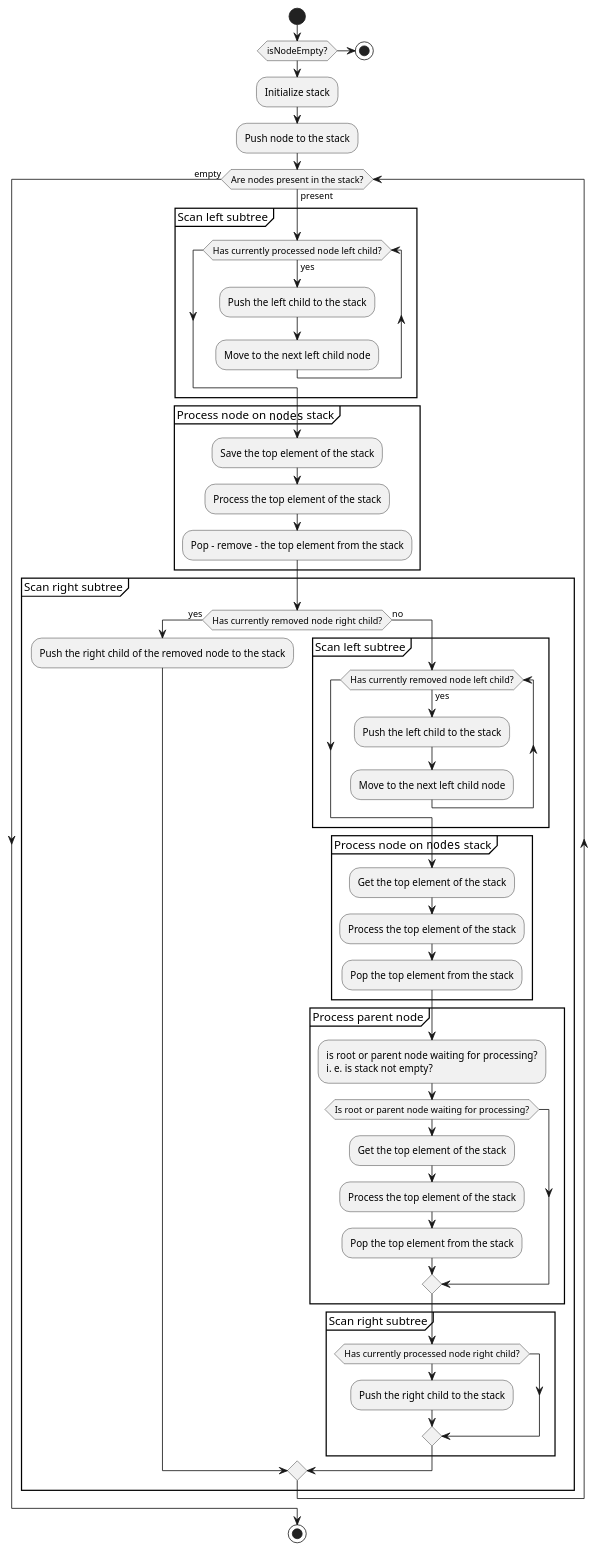
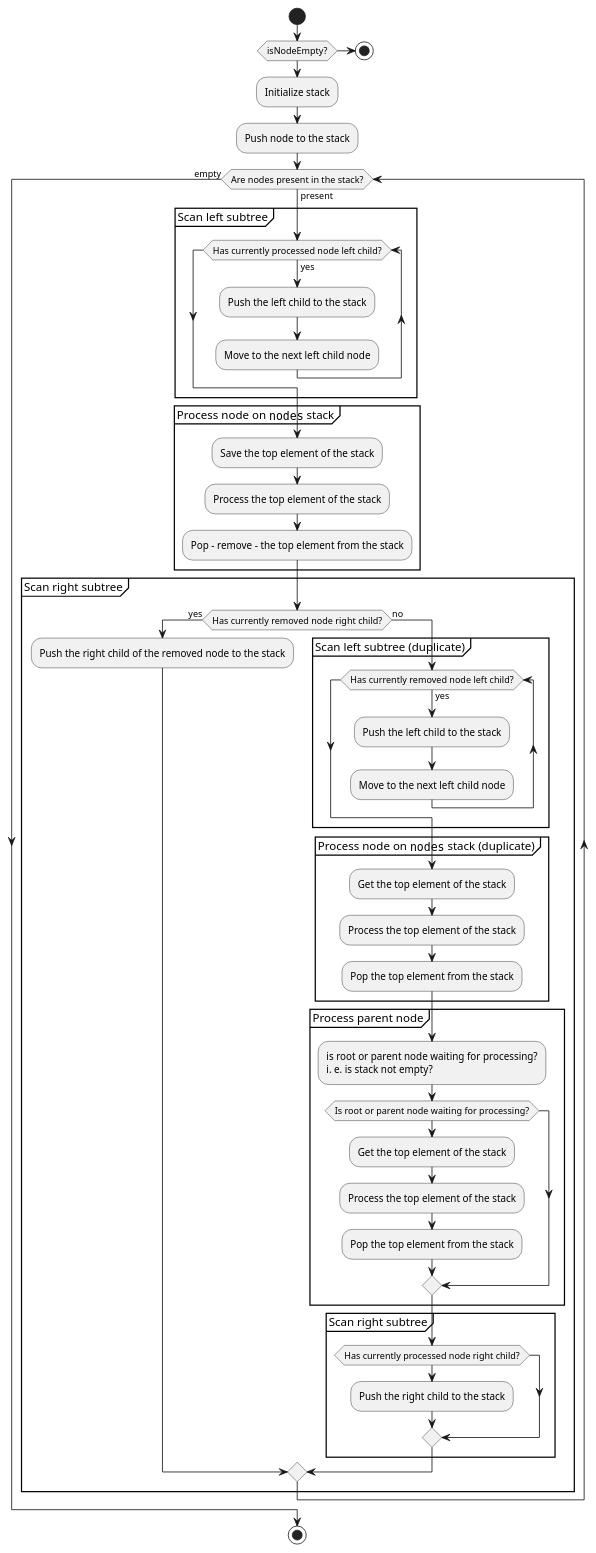
One commit to kyberdrb/CLionProjects changed the diagram in binary_search_tree/bst-inorder_traversal-iterative_1-if_else.puml. Above: the diagram before and after it, drawn with PlantUML. The commit also changed 2 other files, not shown here.

```diff
--- a/binary_search_tree/bst-inorder_traversal-iterative_1-if_else.puml
+++ b/binary_search_tree/bst-inorder_traversal-iterative_1-if_else.puml
@@ -1,62 +1,62 @@
 @startuml
 'https://plantuml.com/activity-diagram-beta
 
 start
 if (isNodeEmpty?) then
   stop
 else
   :Initialize stack;
   :Push node to the stack;
 
   while (Are nodes present in the stack?) is (present)
     group Scan left subtree
     while (Has currently processed node left child?) is (yes)
       :Push the left child to the stack;
       :Move to the next left child node;
     end while
     end group
 
     group Process node on ""nodes"" stack
     :Save the top element of the stack;
     :Process the top element of the stack;
     :Pop - remove - the top element from the stack;
     end group
 
     group Scan right subtree
     if (Has currently removed node right child?) then (yes)
       :Push the right child of the removed node to the stack;
     else (no)
       'Duplicate code as opposed to the version with 'continue_goto'
-      group Scan left subtree
+      group Scan left subtree (duplicate)
       while (Has currently removed node left child?) is (yes)
         :Push the left child to the stack;
         :Move to the next left child node;
       end while
       endgroup
 
-      group Process node on ""nodes"" stack
+      group Process node on ""nodes"" stack (duplicate)
       :Get the top element of the stack;
       :Process the top element of the stack;
       :Pop the top element from the stack;
       end group
 
       group Process parent node
       :is root or parent node waiting for processing?\ni. e. is stack not empty?;
       if (Is root or parent node waiting for processing?)
         :Get the top element of the stack;
         :Process the top element of the stack;
         :Pop the top element from the stack;
       endif
       end group
 
       group Scan right subtree
       if (Has currently processed node right child?)
         :Push the right child to the stack;
       endif
       end group
     endif
     end group
   endwhile (empty)
 stop
 
 @enduml
```
